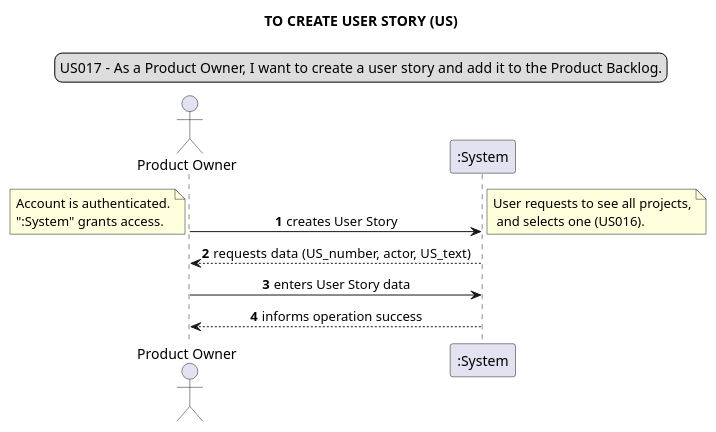
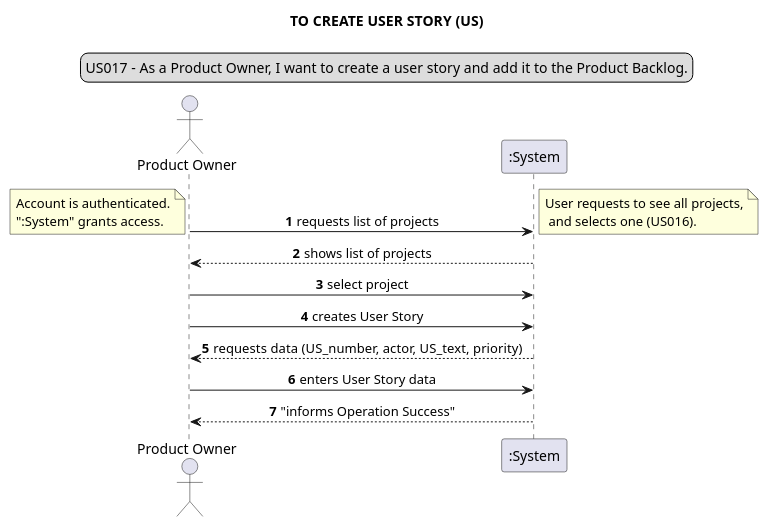
One commit to Loracline/project_switch_22-23 changed the first of 4 diagrams in docs/requirements_gathering/system_sequence_diagrams/sprint03/systemSequenceDiagramSprint03.puml. Above: the diagram before and after it, drawn with PlantUML.

Commit message:
US017: Design: Update of system sequence diagram. closes #218.

```diff
--- a/docs/requirements_gathering/system_sequence_diagrams/sprint03/systemSequenceDiagramSprint03.puml
+++ b/docs/requirements_gathering/system_sequence_diagrams/sprint03/systemSequenceDiagramSprint03.puml
@@ -1,22 +1,25 @@
 @startuml
 legend top
 US017 - As a Product Owner, I want to create a user story and add it to the Product Backlog.
 end legend
 skinparam sequenceMessageAlign center
 title TO CREATE USER STORY (US)
 actor "Product Owner" as PO
 autonumber
-"PO" -> ":System": creates User Story
+"PO" -> ":System": requests list of projects
 note left
 Account is authenticated.
 ":System" grants access.
 end note
 note right
 User requests to see all projects,
  and selects one (US016).
 end note
-PO <-- ":System": requests data (US_number, actor, US_text)
+PO <-- ":System": shows list of projects
 
+PO -> ":System": select project
+PO -> ":System": creates User Story
+PO <-- ":System": requests data (US_number, actor, US_text, priority)
 PO -> ":System": enters User Story data
-PO <-- ":System": informs operation success
+PO <-- ":System": "informs Operation Success"
 @enduml
```
